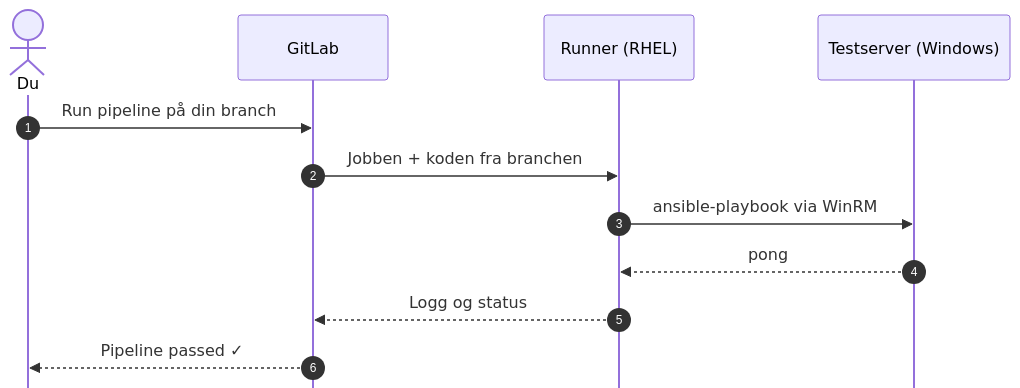
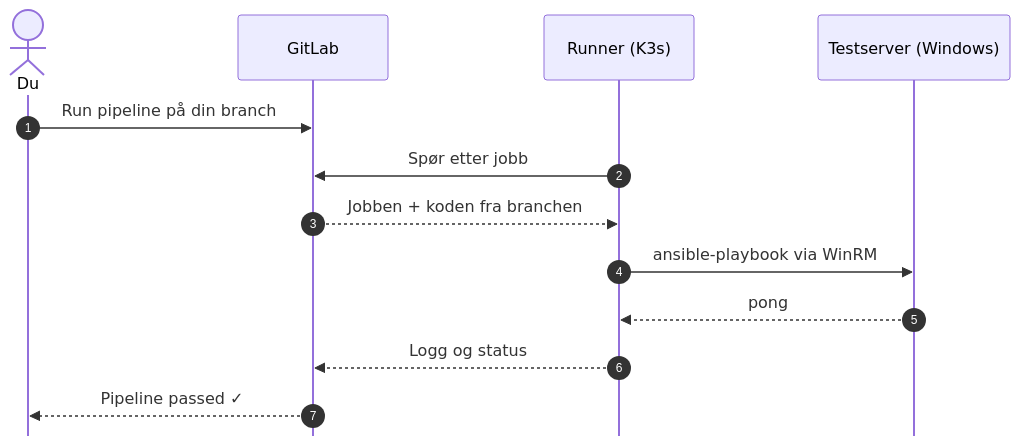
Before and after one commit to sp-frank-gjomle/sp-presentatins: the second of 2 diagrams in slides/byggteknisk-workshop/slides.md, drawn with Mermaid. The commit also changed other lines of this file and 1 other file, not shown here.

````diff
--- a/slides/byggteknisk-workshop/slides.md
+++ b/slides/byggteknisk-workshop/slides.md
@@ -1191,15 +1193,16 @@
 ```mermaid {scale: 0.72}
 %%{init: {'sequence': {'mirrorActors': false}}}%%
 sequenceDiagram
   autonumber
   actor Du
   participant GL as GitLab
-  participant R as Runner (RHEL)
+  participant R as Runner (K3s)
   participant W as Testserver (Windows)
   Du->>GL: Run pipeline på din branch
-  GL->>R: Jobben + koden fra branchen
+  R->>GL: Spør etter jobb
+  GL-->>R: Jobben + koden fra branchen
   R->>W: ansible-playbook via WinRM
   W-->>R: pong
   R-->>GL: Logg og status
   GL-->>Du: Pipeline passed ✓
 ```
````
